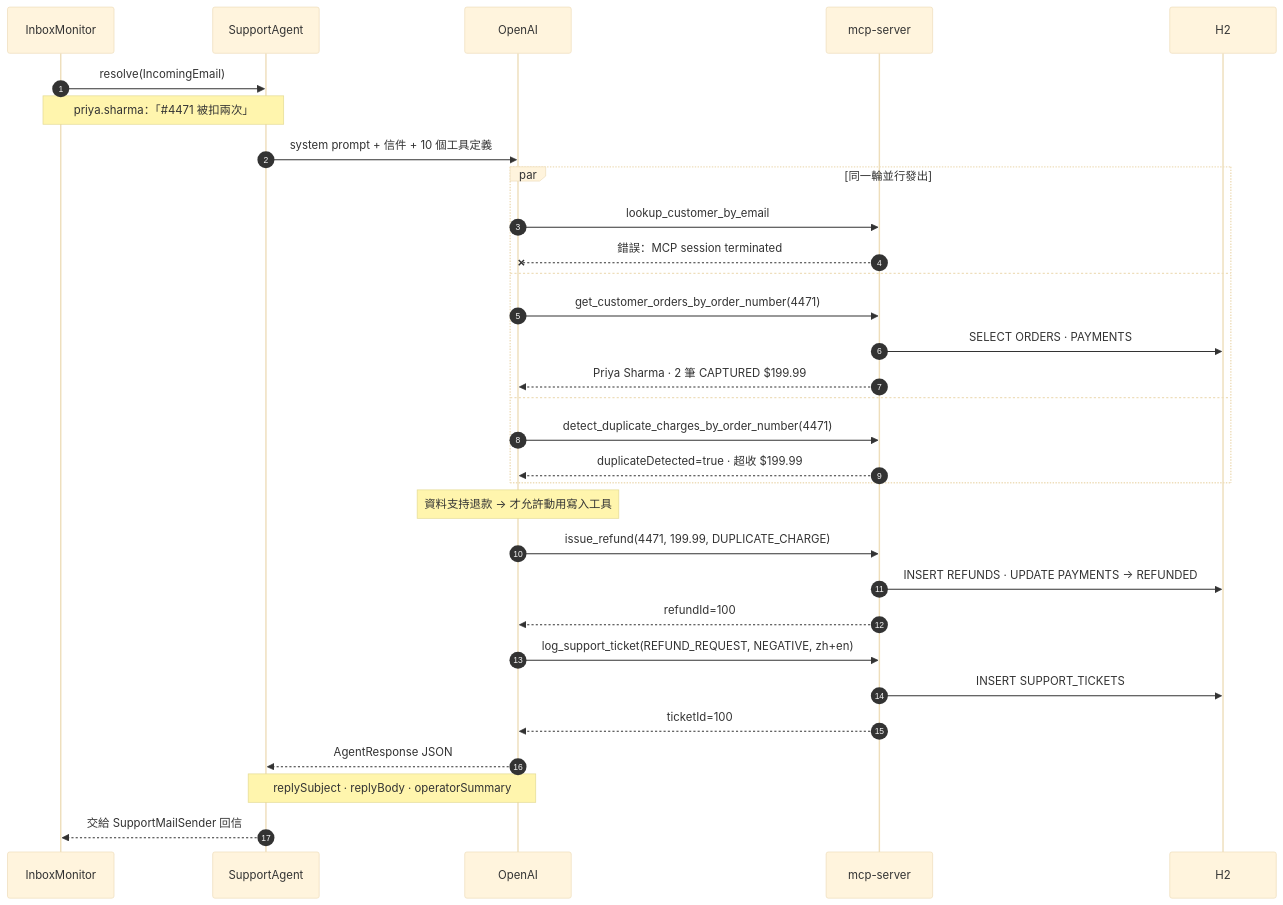
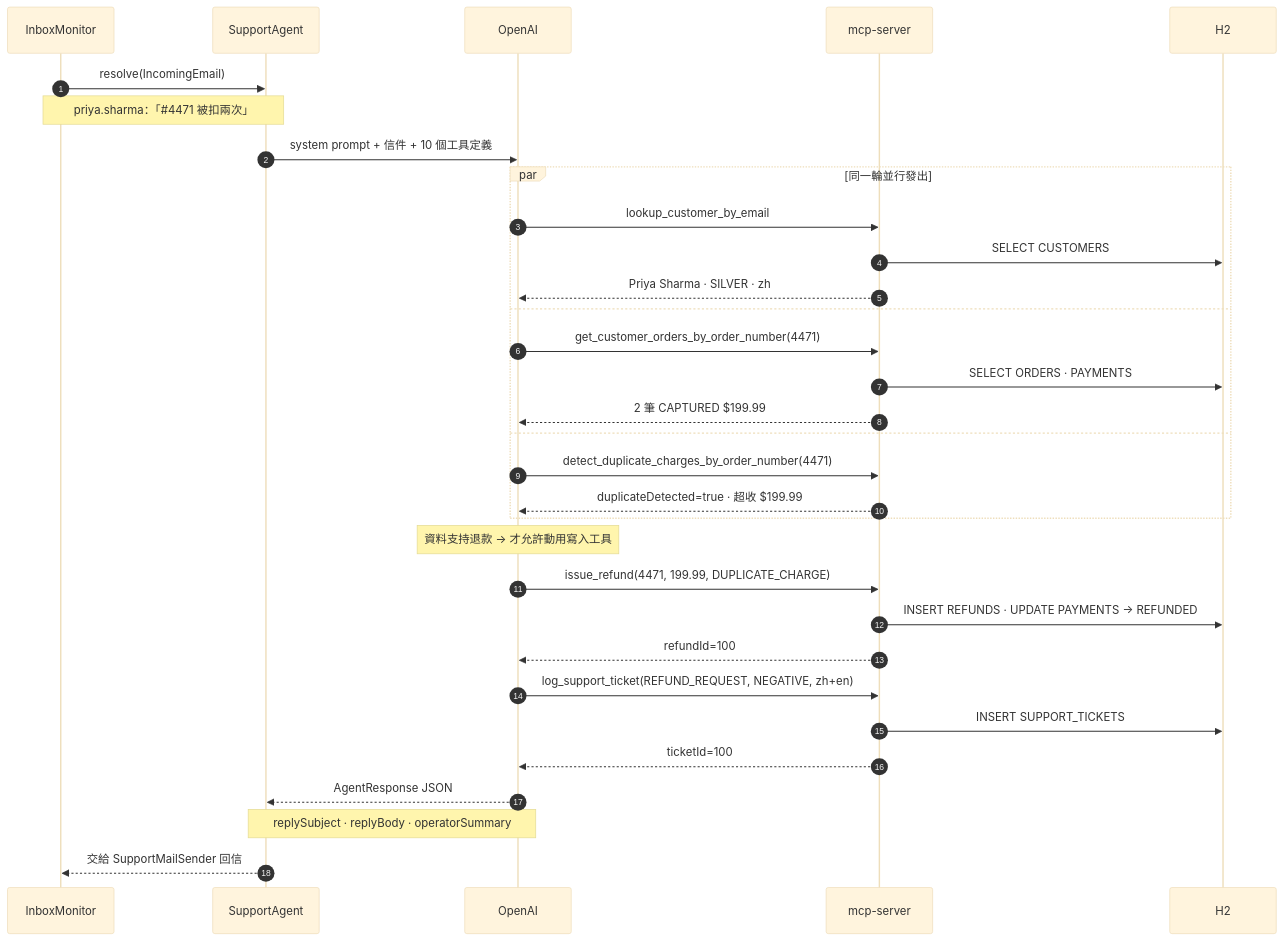
Before and after one commit to tonysk0210/springai-agent: the second of 4 diagrams in README.md, drawn with Mermaid (base theme). The commit also changed other lines of this file, not shown here.

````diff
--- a/README.md
+++ b/README.md
@@ -117,34 +117,35 @@
 ```mermaid
 sequenceDiagram
     autonumber
     participant IM as InboxMonitor
     participant SA as SupportAgent
     participant LLM as OpenAI
     participant MCP as mcp-server
     participant DB as H2
 
     IM->>SA: resolve(IncomingEmail)
     Note over IM,SA: priya.sharma：「#35;4471 被扣兩次」
     SA->>LLM: system prompt + 信件 + 10 個工具定義
     par 同一輪並行發出
         LLM->>MCP: lookup_customer_by_email
-        MCP--xLLM: 錯誤：MCP session terminated
+        MCP->>DB: SELECT CUSTOMERS
+        MCP-->>LLM: Priya Sharma · SILVER · zh
     and
         LLM->>MCP: get_customer_orders_by_order_number(4471)
         MCP->>DB: SELECT ORDERS · PAYMENTS
-        MCP-->>LLM: Priya Sharma · 2 筆 CAPTURED $199.99
+        MCP-->>LLM: 2 筆 CAPTURED $199.99
     and
         LLM->>MCP: detect_duplicate_charges_by_order_number(4471)
         MCP-->>LLM: duplicateDetected=true · 超收 $199.99
     end
     Note over LLM: 資料支持退款 → 才允許動用寫入工具
     LLM->>MCP: issue_refund(4471, 199.99, DUPLICATE_CHARGE)
     MCP->>DB: INSERT REFUNDS · UPDATE PAYMENTS → REFUNDED
     MCP-->>LLM: refundId=100
     LLM->>MCP: log_support_ticket(REFUND_REQUEST, NEGATIVE, zh+en)
     MCP->>DB: INSERT SUPPORT_TICKETS
     MCP-->>LLM: ticketId=100
     LLM-->>SA: AgentResponse JSON
     Note over SA,LLM: replySubject · replyBody · operatorSummary
     SA-->>IM: 交給 SupportMailSender 回信
 ```
````
